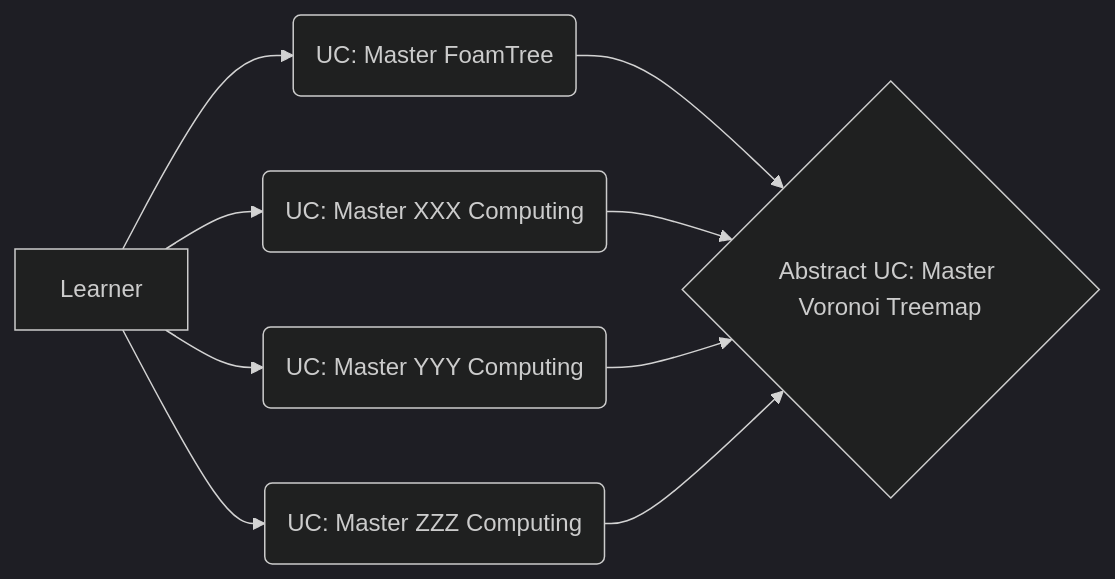
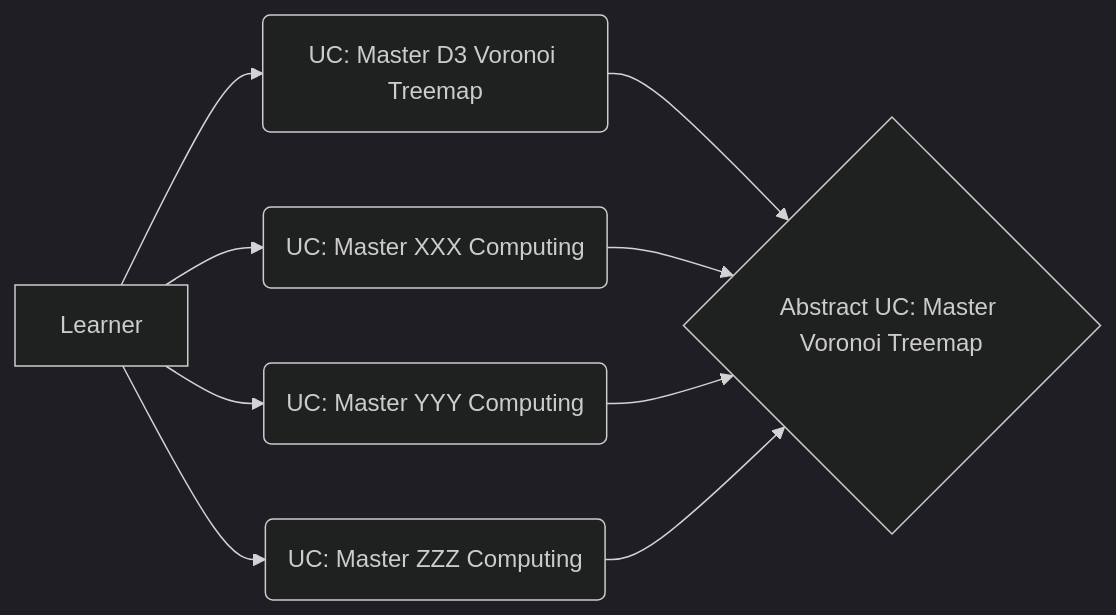
The diagram in index.qmd (vanHeemstraSystems/learning-voronoi-treemap-use-cases), drawn with Mermaid (dark theme) before and after one commit.

````diff
--- a/index.qmd
+++ b/index.qmd
@@ -11,11 +11,11 @@
 ```{mermaid}
 flowchart LR
-  A[Learner] --> B(UC: Master FoamTree)
+  A[Learner] --> B(UC: Master D3 Voronoi Treemap)
   A[Learner] --> C(UC: Master XXX Computing)
   A[Learner] --> D(UC: Master YYY Computing)
   A[Learner] --> E(UC: Master ZZZ Computing)  
   B --> F{Abstract UC: Master Voronoi Treemap}
   C --> F{Abstract UC: Master Voronoi Treemap}
   D --> F{Abstract UC: Master Voronoi Treemap}
   E --> F{Abstract UC: Master Voronoi Treemap}
 ```
````
